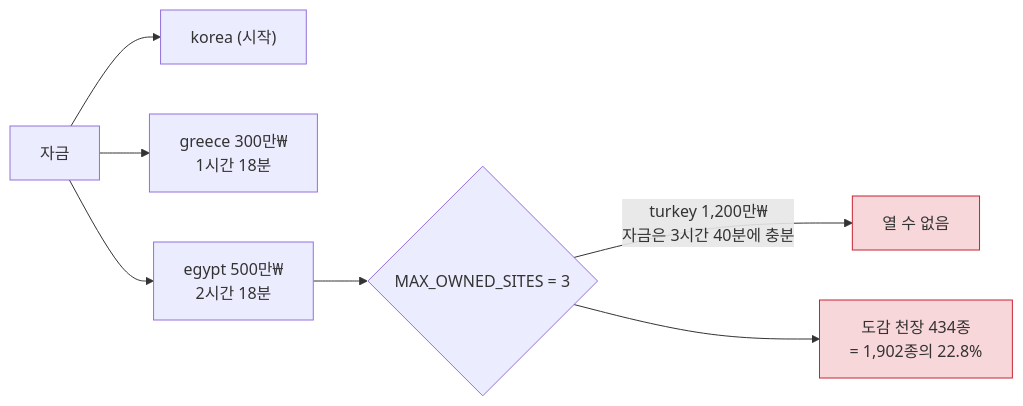
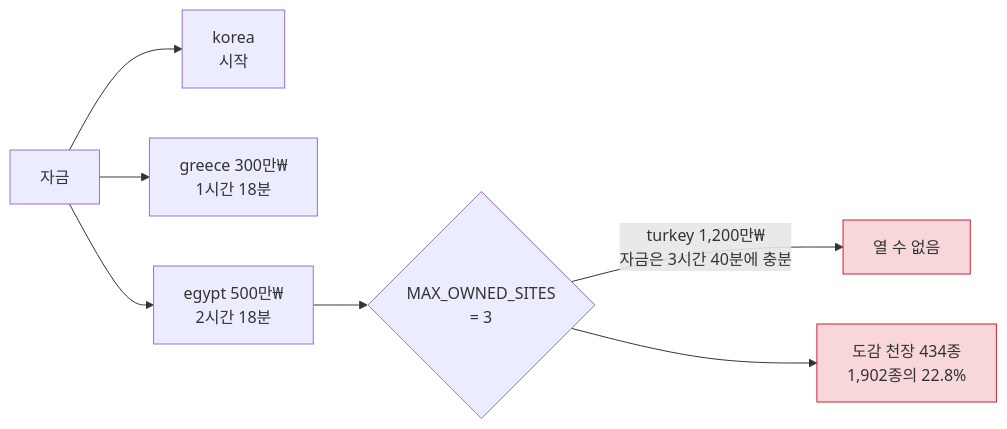
Before and after one commit to buildon99x/proto: the fifth of 6 diagrams in projects/relic-king/notes/play-first-10h.md, drawn with Mermaid. The commit also changed other lines of this file, not shown here.

First line of the commit message:
docs(relic-king): 첫 10시간 다이어그램 6장 렌더 검증 후 가독성 수정

````diff
--- a/projects/relic-king/notes/play-first-10h.md
+++ b/projects/relic-king/notes/play-first-10h.md
@@ -357,12 +359,12 @@
 ```mermaid
 flowchart LR
-    f["자금"] --> u1["korea (시작)"]
+    f["자금"] --> u1["korea<br/>시작"]
     f --> u2["greece 300만₩<br/>1시간 18분"]
     f --> u3["egypt 500만₩<br/>2시간 18분"]
-    u3 --> cap{"MAX_OWNED_SITES = 3"}
+    u3 --> cap{"MAX_OWNED_SITES<br/>= 3"}
     cap -->|"turkey 1,200만₩<br/>자금은 3시간 40분에 충분"| blocked["열 수 없음"]
-    cap --> ceiling["도감 천장 434종<br/>= 1,902종의 22.8%"]
+    cap --> ceiling["도감 천장 434종<br/>1,902종의 22.8%"]
 
     style blocked fill:#f8d7da,stroke:#c82333
     style ceiling fill:#f8d7da,stroke:#c82333
 ```
````
